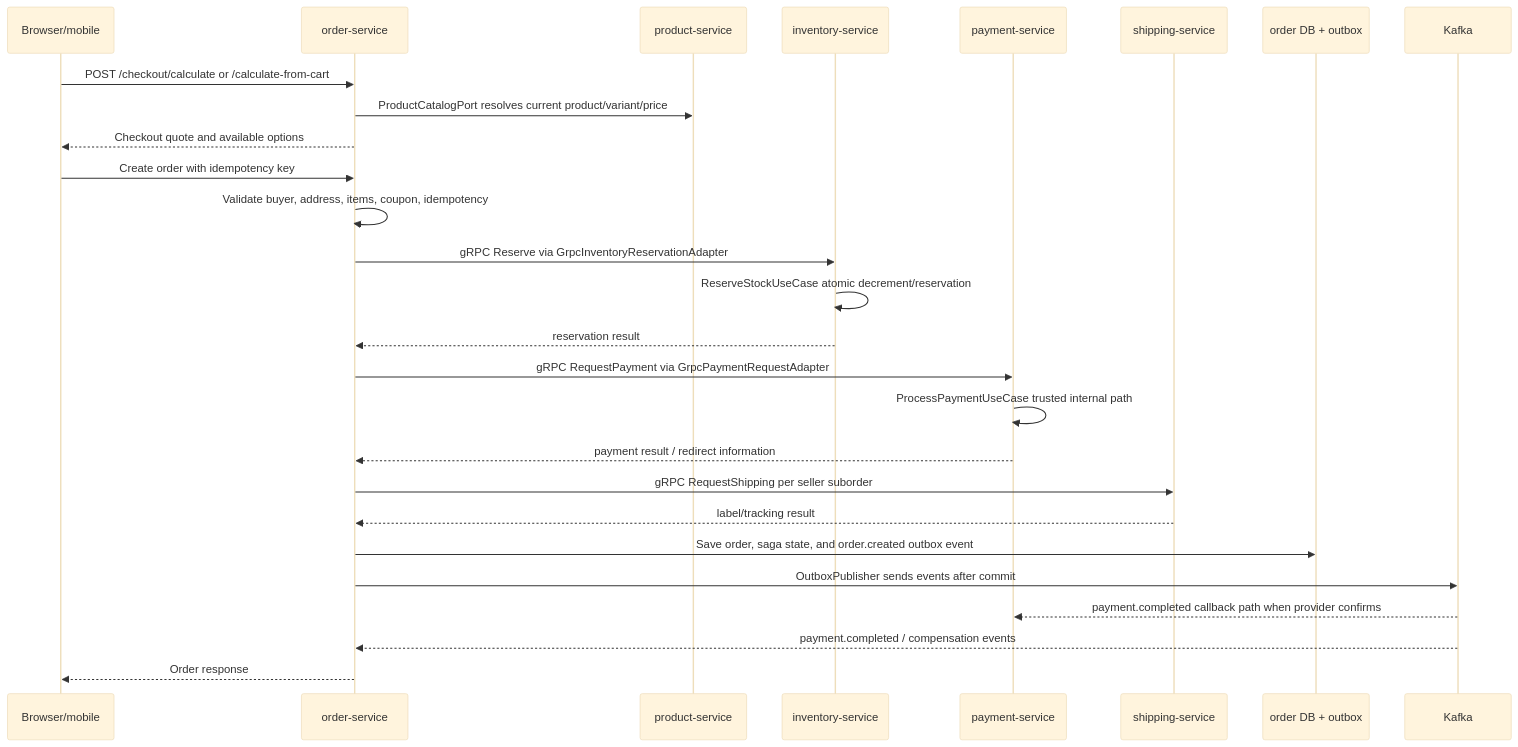
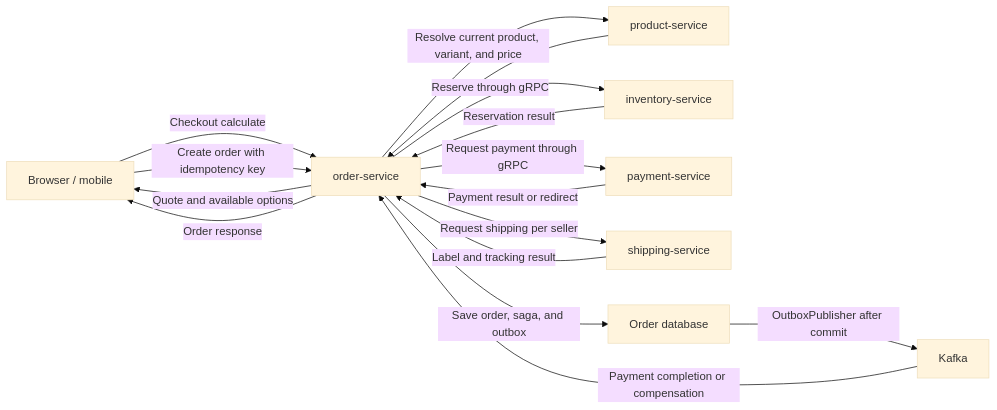
The fifth of 10 diagrams in Architech.md (dang232/Ecomer), drawn with Mermaid (base theme) before and after one commit. The commit also changed other lines of this file, not shown here.

Commit message:
docs(architecture): use compatible workflow diagrams

````diff
--- a/Architech.md
+++ b/Architech.md
@@ -507,29 +487,18 @@
 ```mermaid
-sequenceDiagram
-  participant B as Browser/mobile
-  participant O as order-service
-  participant P as product-service
-  participant I as inventory-service
-  participant Pay as payment-service
-  participant S as shipping-service
-  participant DB as order DB + outbox
-  participant K as Kafka
-  B->>O: POST /checkout/calculate or /calculate-from-cart
-  O->>P: ProductCatalogPort resolves current product/variant/price
-  O-->>B: Checkout quote and available options
-  B->>O: Create order with idempotency key
-  O->>O: Validate buyer, address, items, coupon, idempotency
-  O->>I: gRPC Reserve via GrpcInventoryReservationAdapter
-  I->>I: ReserveStockUseCase atomic decrement/reservation
-  I-->>O: reservation result
-  O->>Pay: gRPC RequestPayment via GrpcPaymentRequestAdapter
-  Pay->>Pay: ProcessPaymentUseCase trusted internal path
-  Pay-->>O: payment result / redirect information
-  O->>S: gRPC RequestShipping per seller suborder
-  S-->>O: label/tracking result
-  O->>DB: Save order, saga state, and order.created outbox event
-  O->>K: OutboxPublisher sends events after commit
-  K-->>Pay: payment.completed callback path when provider confirms
-  K-->>O: payment.completed / compensation events
-  O-->>B: Order response
+flowchart LR
+  B["Browser / mobile"] -->|Checkout calculate| O["order-service"]
+  O -->|Resolve current product, variant, and price| P["product-service"]
+  P --> O
+  O -->|Quote and available options| B
+  B -->|Create order with idempotency key| O
+  O -->|Reserve through gRPC| I["inventory-service"]
+  I -->|Reservation result| O
+  O -->|Request payment through gRPC| Pay["payment-service"]
+  Pay -->|Payment result or redirect| O
+  O -->|Request shipping per seller| S["shipping-service"]
+  S -->|Label and tracking result| O
+  O -->|Save order, saga, and outbox| DB["Order database"]
+  DB -->|OutboxPublisher after commit| K["Kafka"]
+  K -->|Payment completion or compensation| O
+  O -->|Order response| B
 ```
````
